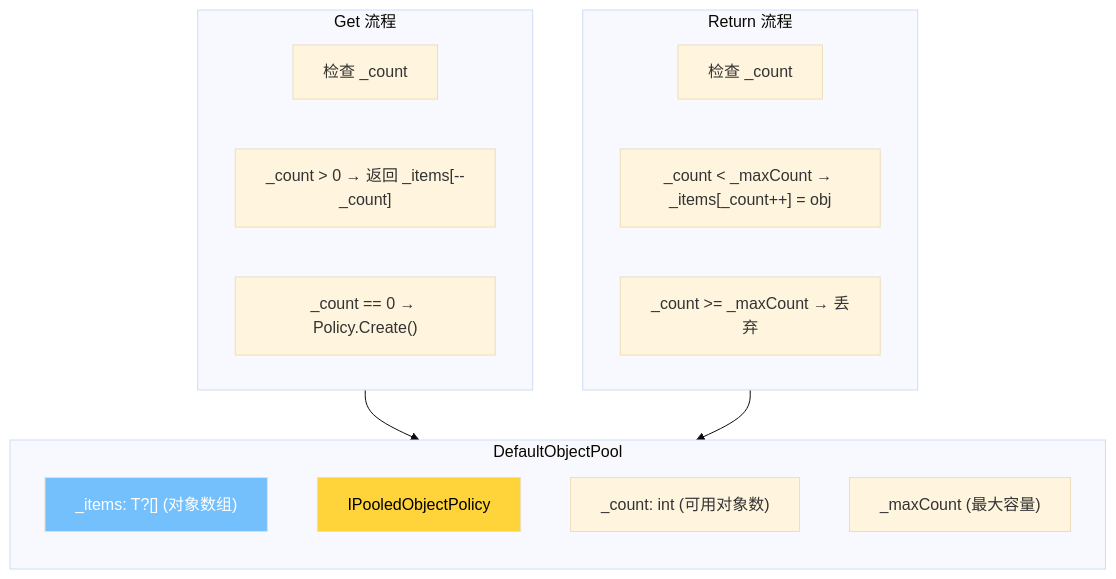
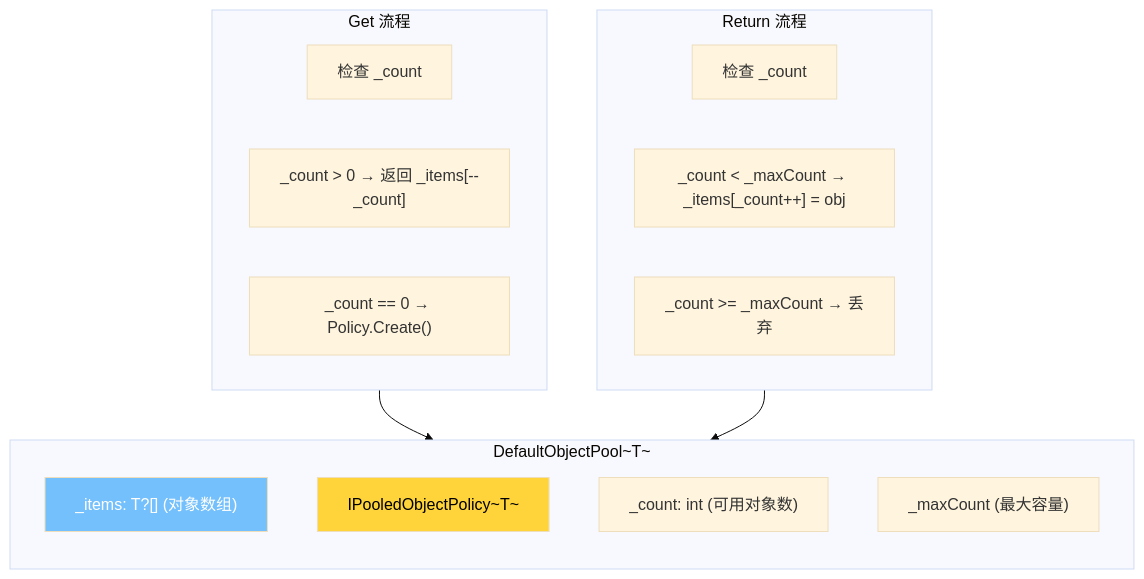
Before and after one commit to moklgydocs/moklgydocs.github.io: the first of 6 diagrams in src/后端开发/CSharp/CLR深度/10_实战篇/02_对象池与内存池.md, drawn with Mermaid (base theme). The commit also changed other lines of this file and 32 other files, not shown here.

````diff
--- a/src/后端开发/CSharp/CLR深度/10_实战篇/02_对象池与内存池.md
+++ b/src/后端开发/CSharp/CLR深度/10_实战篇/02_对象池与内存池.md
@@ -27,28 +27,28 @@
 ```mermaid
 graph TD
-    subgraph DefaultObjectPool["DefaultObjectPool<T>"]
+    subgraph DefaultObjectPool["DefaultObjectPool~T~"]
         direction TB
         Items["_items: T?[] (对象数组)"]
-        Policy["IPooledObjectPolicy<T>"]
+        Policy["IPooledObjectPolicy~T~"]
         Count["_count: int (可用对象数)"]
         MaxCap["_maxCount (最大容量)"]
     end
 
     subgraph GetFlow["Get 流程"]
         G1["检查 _count"]
         G2["_count > 0 → 返回 _items[--_count]"]
         G3["_count == 0 → Policy.Create()"]
     end
 
     subgraph ReturnFlow["Return 流程"]
         R1["检查 _count"]
         R2["_count < _maxCount → _items[_count++] = obj"]
         R3["_count >= _maxCount → 丢弃"]
     end
 
     GetFlow --> DefaultObjectPool
     ReturnFlow --> DefaultObjectPool
 
     style Items fill:#74c0fc,color:#fff
     style Policy fill:#ffd43b,color:#000
 ```
````
